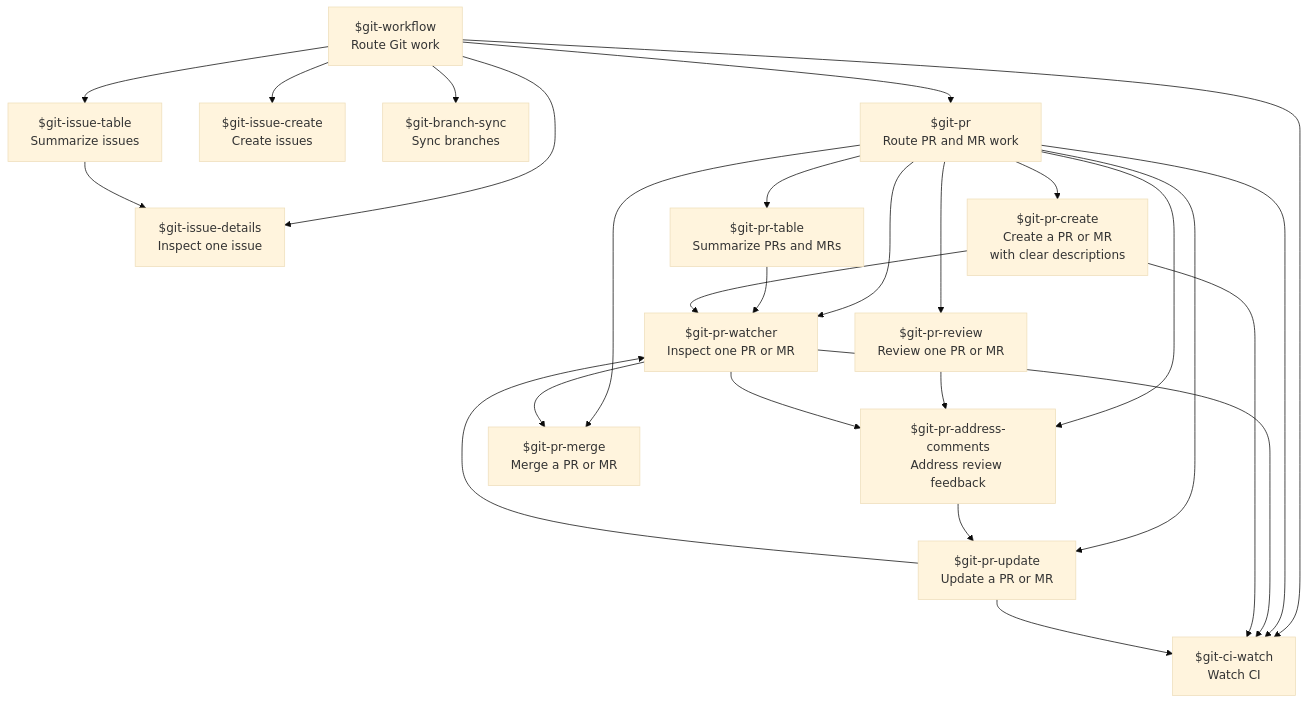
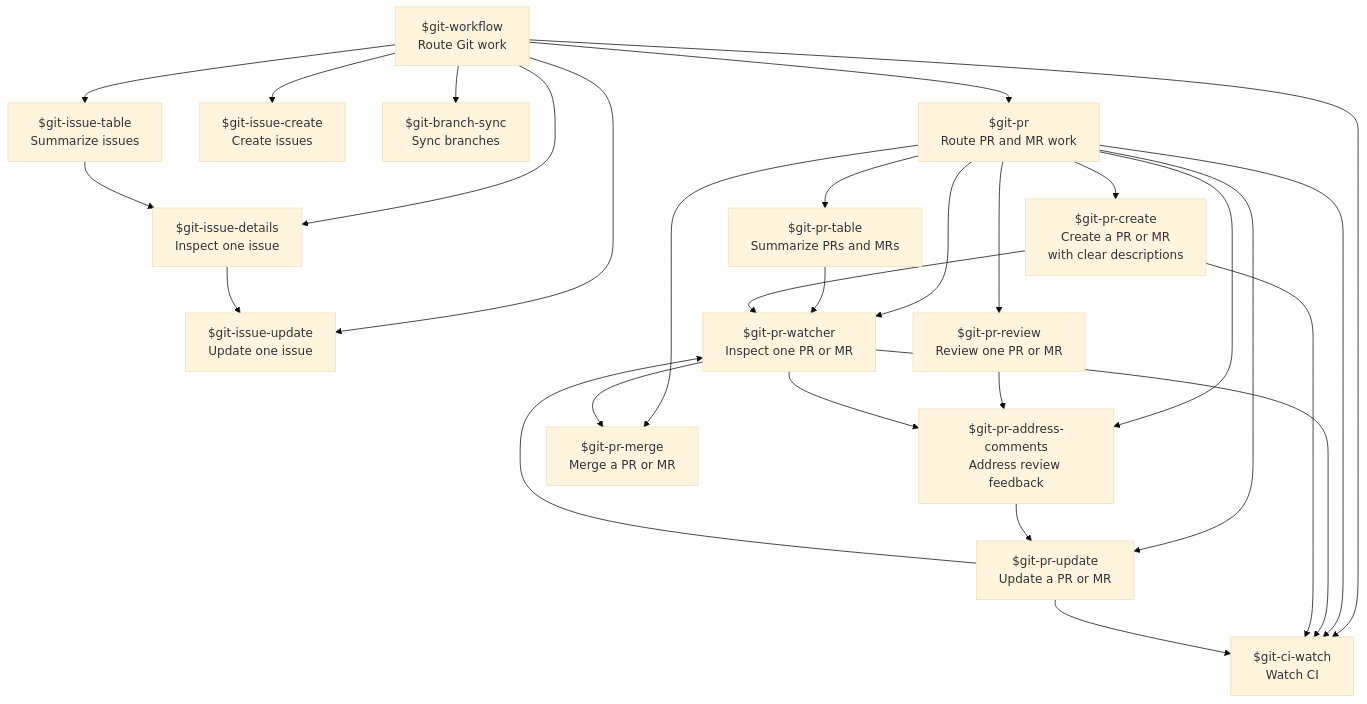
Before and after one commit to jeeftor/gitSkills: the diagram in agent-matrix.md, drawn with Mermaid (base theme). The commit also changed other lines of this file and 12 other files, not shown here.

````diff
--- a/agent-matrix.md
+++ b/agent-matrix.md
@@ -3,43 +3,46 @@
 ```mermaid
 flowchart TD
     WORKFLOW["$git-workflow<br/>Route Git work"]
     ISSUE_TABLE["$git-issue-table<br/>Summarize issues"]
     ISSUE_DETAILS["$git-issue-details<br/>Inspect one issue"]
     ISSUE_CREATE["$git-issue-create<br/>Create issues"]
+    ISSUE_UPDATE["$git-issue-update<br/>Update one issue"]
     BRANCH_SYNC["$git-branch-sync<br/>Sync branches"]
     PR["$git-pr<br/>Route PR and MR work"]
     PR_TABLE["$git-pr-table<br/>Summarize PRs and MRs"]
     PR_WATCHER["$git-pr-watcher<br/>Inspect one PR or MR"]
     PR_REVIEW["$git-pr-review<br/>Review one PR or MR"]
     PR_ADDRESS["$git-pr-address-comments<br/>Address review feedback"]
     CI_WATCH["$git-ci-watch<br/>Watch CI"]
     PR_CREATE["$git-pr-create<br/>Create a PR or MR<br/>with clear descriptions"]
     PR_UPDATE["$git-pr-update<br/>Update a PR or MR"]
     PR_MERGE["$git-pr-merge<br/>Merge a PR or MR"]
 
     WORKFLOW --> ISSUE_TABLE
     WORKFLOW --> ISSUE_DETAILS
     WORKFLOW --> ISSUE_CREATE
+    WORKFLOW --> ISSUE_UPDATE
     WORKFLOW --> BRANCH_SYNC
     WORKFLOW --> PR
     WORKFLOW --> CI_WATCH
     ISSUE_TABLE --> ISSUE_DETAILS
+    ISSUE_DETAILS --> ISSUE_UPDATE
     PR --> PR_TABLE
     PR --> PR_WATCHER
     PR --> PR_REVIEW
     PR --> PR_ADDRESS
     PR --> CI_WATCH
     PR --> PR_CREATE
     PR --> PR_UPDATE
     PR --> PR_MERGE
     PR_TABLE --> PR_WATCHER
     PR_REVIEW --> PR_ADDRESS
     PR_WATCHER --> CI_WATCH
     PR_WATCHER --> PR_ADDRESS
     PR_ADDRESS --> PR_UPDATE
     PR_CREATE --> PR_WATCHER
     PR_CREATE --> CI_WATCH
     PR_UPDATE --> CI_WATCH
     PR_UPDATE --> PR_WATCHER
     PR_WATCHER --> PR_MERGE
 ```
````
